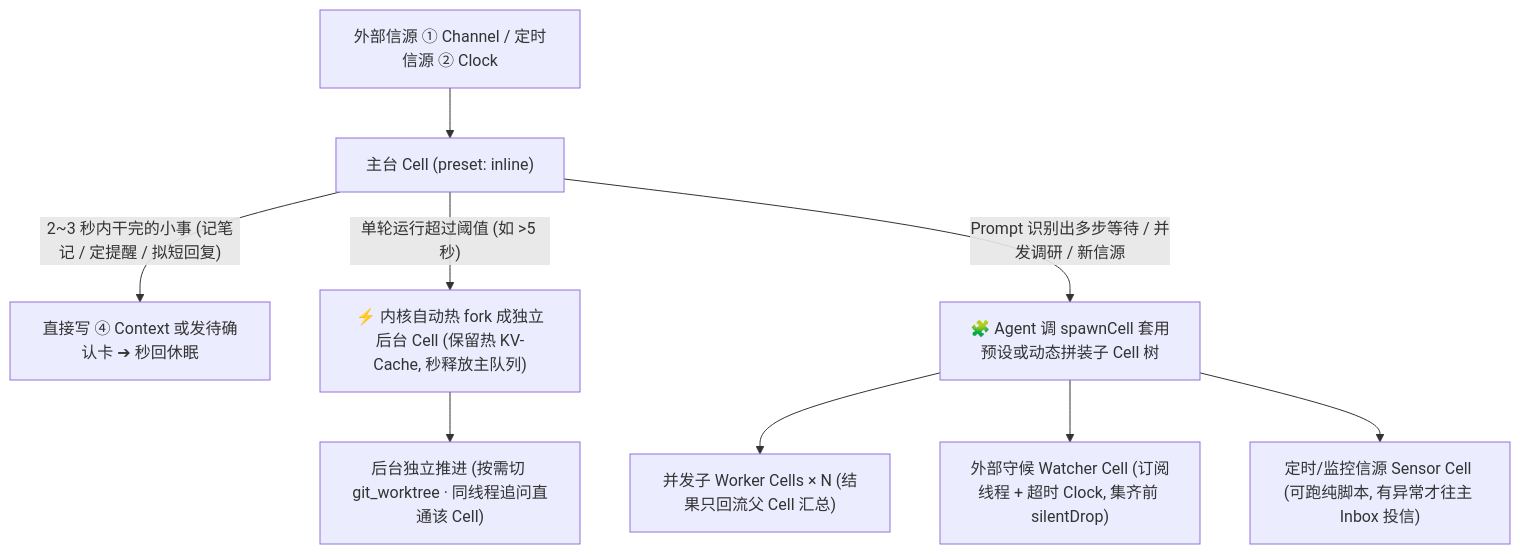
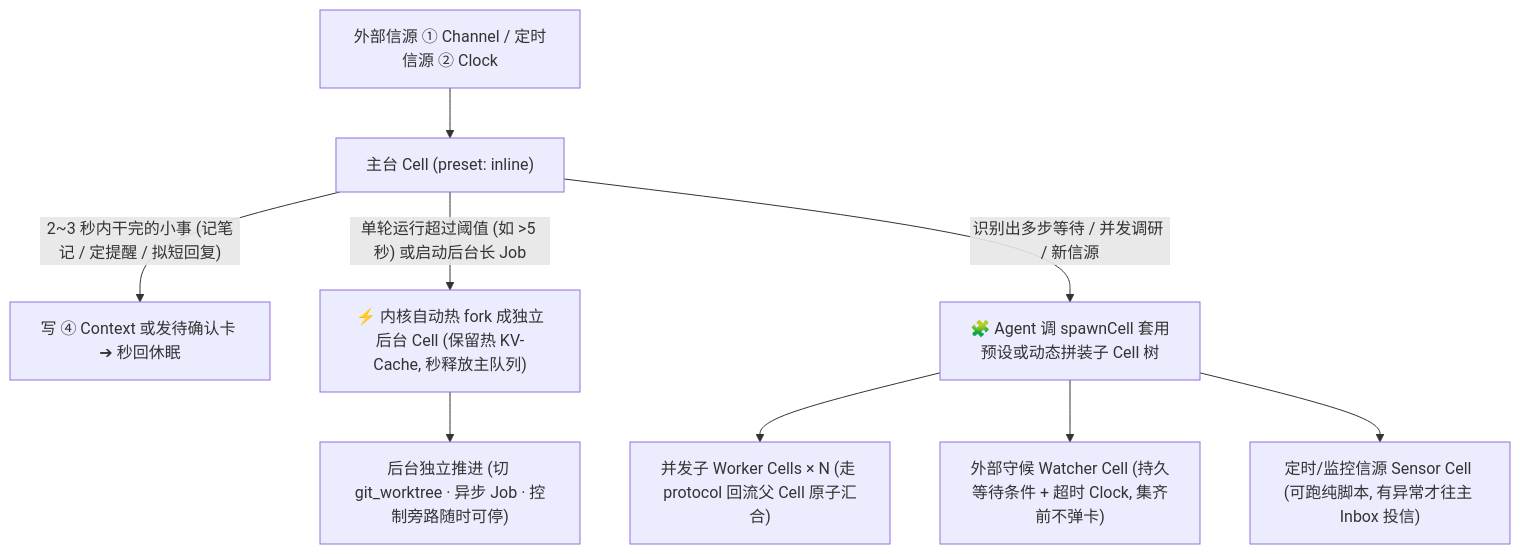
Before and after one commit to project-aoi/ng-agents: the diagram in docs/02-atomic-kernel-architecture.md, drawn with Mermaid. The commit also changed other lines of this file and 4 other files, not shown here.

Commit message:
docs: drop anti-injection tainting and tighten state revision, async job, control, and outbox contracts

````diff
--- a/docs/02-atomic-kernel-architecture.md
+++ b/docs/02-atomic-kernel-architecture.md
@@ -166,13 +227,13 @@
 ```mermaid
 flowchart TB
     In["外部信源 ① Channel / 定时信源 ② Clock"] --> Main["主台 Cell (preset: inline)"]
 
-    Main -->|"2~3 秒内干完的小事 (记笔记 / 定提醒 / 拟短回复)"| Fast["直接写 ④ Context 或发待确认卡 ➔ 秒回休眠"]
-    Main -->|"单轮运行超过阈值 (如 >5 秒)"| Fork["⚡ 内核自动热 fork 成独立后台 Cell (保留热 KV-Cache, 秒释放主队列)"]
-    Main -->|"Prompt 识别出多步等待 / 并发调研 / 新信源"| Dyn["🧩 Agent 调 spawnCell 套用预设或动态拼装子 Cell 树"]
+    Main -->|"2~3 秒内干完的小事 (记笔记 / 定提醒 / 拟短回复)"| Fast["写 ④ Context 或发待确认卡 ➔ 秒回休眠"]
+    Main -->|"单轮运行超过阈值 (如 >5 秒) 或启动后台长 Job"| Fork["⚡ 内核自动热 fork 成独立后台 Cell (保留热 KV-Cache, 秒释放主队列)"]
+    Main -->|"识别出多步等待 / 并发调研 / 新信源"| Dyn["🧩 Agent 调 spawnCell 套用预设或动态拼装子 Cell 树"]
 
-    Fork --> Bg["后台独立推进 (按需切 git_worktree · 同线程追问直通该 Cell)"]
-    Dyn --> W1["并发子 Worker Cells × N (结果只回流父 Cell 汇总)"]
-    Dyn --> W2["外部守候 Watcher Cell (订阅线程 + 超时 Clock, 集齐前 silentDrop)"]
+    Fork --> Bg["后台独立推进 (切 git_worktree · 异步 Job · 控制旁路随时可停)"]
+    Dyn --> W1["并发子 Worker Cells × N (走 protocol 回流父 Cell 原子汇合)"]
+    Dyn --> W2["外部守候 Watcher Cell (持久等待条件 + 超时 Clock, 集齐前不弹卡)"]
     Dyn --> W3["定时/监控信源 Sensor Cell (可跑纯脚本, 有异常才往主 Inbox 投信)"]
 ```
````
